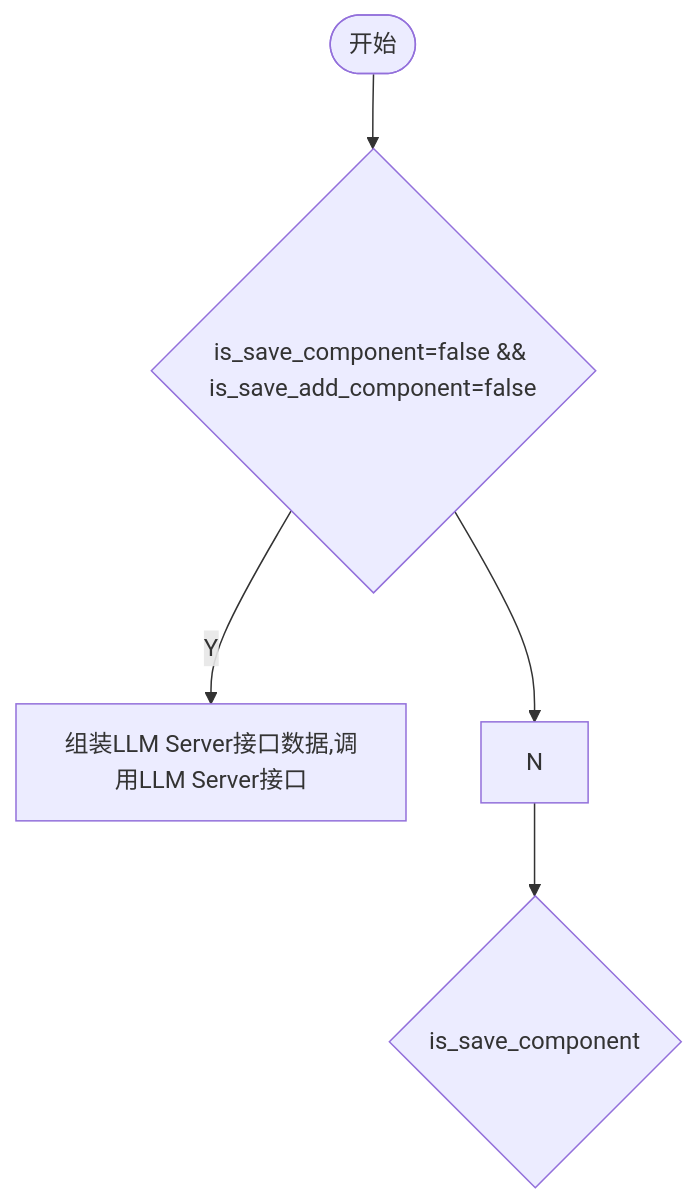
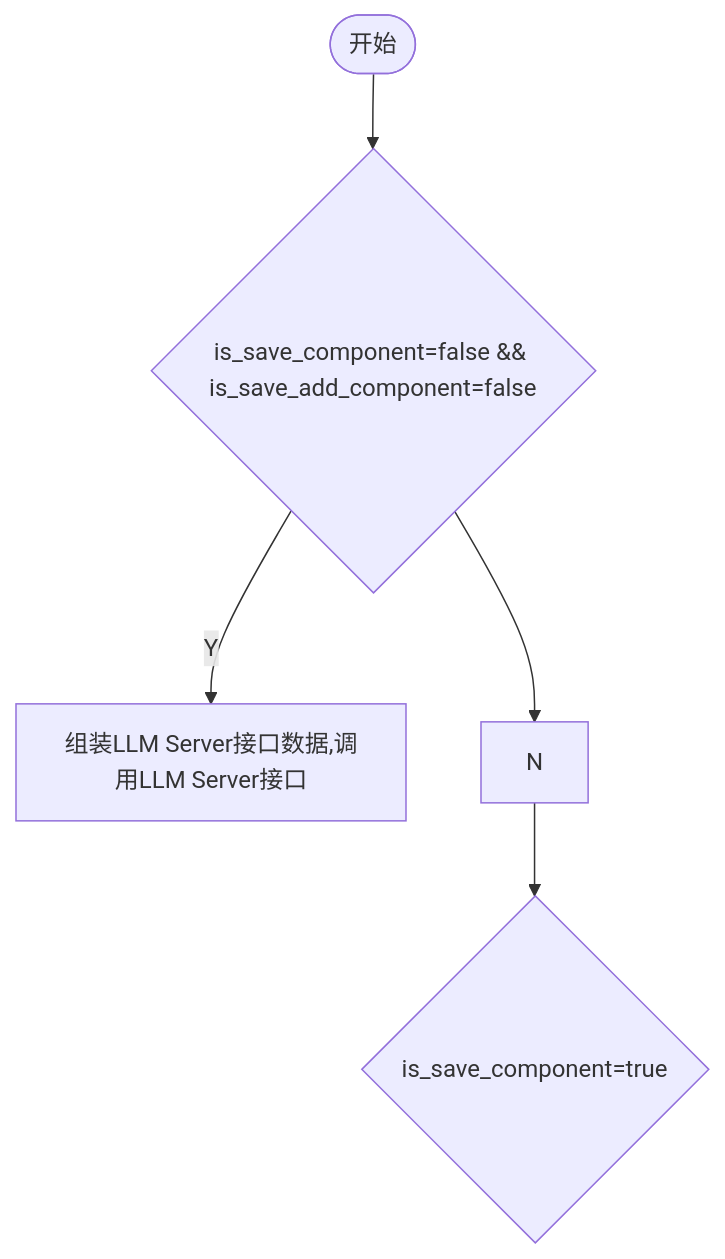
One commit to yingjianzh/iodraw-files changed the diagram in all/未命名-7.md. Above: the diagram before and after it, drawn with Mermaid.

Commit message:
2024-10-12 13:54:09 update

````diff
--- a/all/未命名-7.md
+++ b/all/未命名-7.md
@@ -1,9 +1,9 @@
 ```mermaid
 flowchart TD
     A([开始]) --> B{is_save_component=false && is_save_add_component=false}
     B -- Y --> C[组装LLM Server接口数据,调用LLM Server接口]
-    B --> N --> D{is_save_component}
+    B --> N --> D{is_save_component=true}
     
     
 
 ```
````
